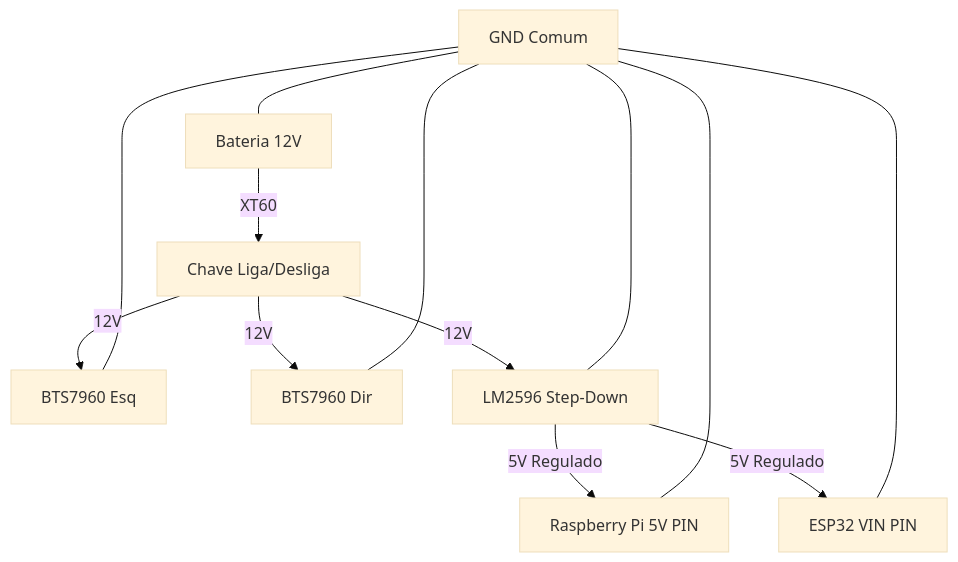
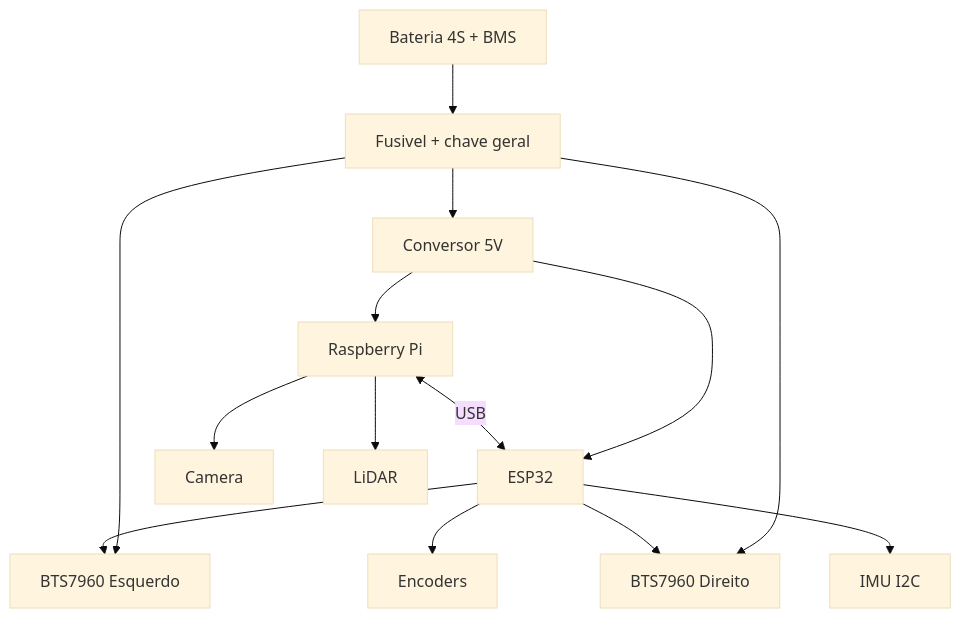
One commit to rodrigobprado/Home-Security-DIY changed the diagram in docs/GUIA_MONTAGEM_UGV.md. Above: the diagram before and after it, drawn with Mermaid (base theme). The commit also changed other lines of this file and 3 other files, not shown here.

````diff
--- a/docs/GUIA_MONTAGEM_UGV.md
+++ b/docs/GUIA_MONTAGEM_UGV.md
@@ -42,15 +26,16 @@
 ```mermaid
 graph TD
-    BAT[Bateria 12V] --> |XT60| SWITCH[Chave Liga/Desliga]
-    SWITCH --> |12V| DRIVER_L[BTS7960 Esq]
-    SWITCH --> |12V| DRIVER_R[BTS7960 Dir]
-    SWITCH --> |12V| DCDC[LM2596 Step-Down]
-    DCDC --> |5V Regulado| RPI[Raspberry Pi 5V PIN]
-    DCDC --> |5V Regulado| ESP[ESP32 VIN PIN]
-    GND[GND Comum] --- BAT
-    GND --- DRIVER_L
-    GND --- DRIVER_R
-    GND --- DCDC
-    GND --- RPI
-    GND --- ESP
+    BAT[Bateria 4S + BMS] --> FUSE[Fusivel + chave geral]
+    FUSE --> DCDC[Conversor 5V]
+    FUSE --> DRV_L[BTS7960 Esquerdo]
+    FUSE --> DRV_R[BTS7960 Direito]
+    DCDC --> RPI[Raspberry Pi]
+    DCDC --> ESP[ESP32]
+    ESP --> DRV_L
+    ESP --> DRV_R
+    ESP --> ENC[Encoders]
+    ESP --> IMU[IMU I2C]
+    RPI --> CAM[Camera]
+    RPI --> LIDAR[LiDAR]
+    RPI <--USB--> ESP
 ```
````
